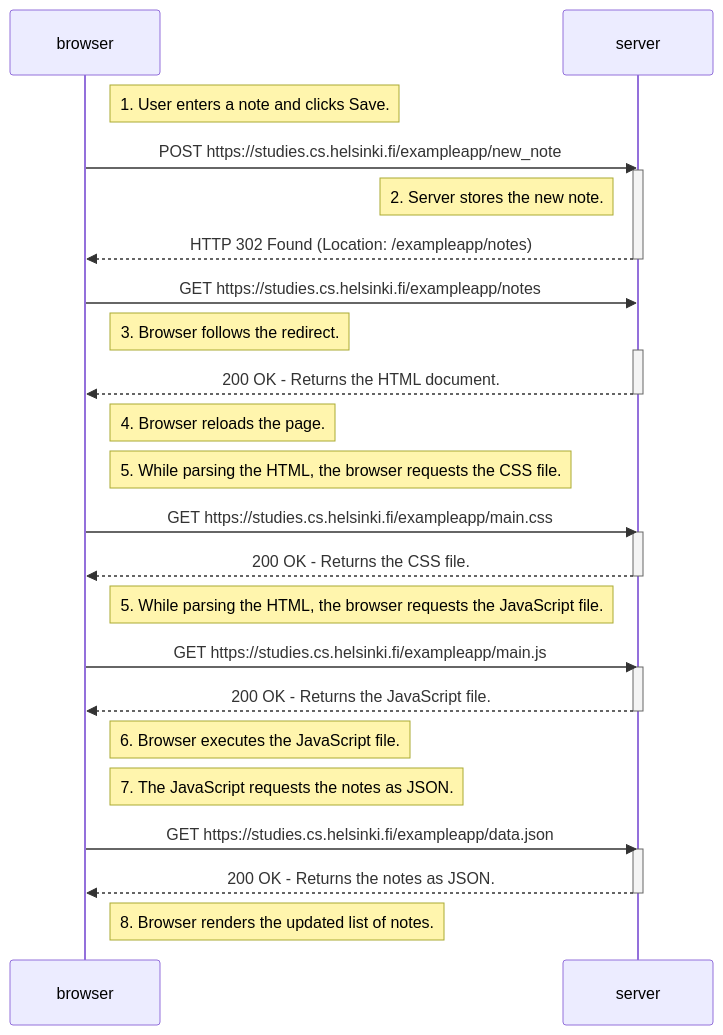
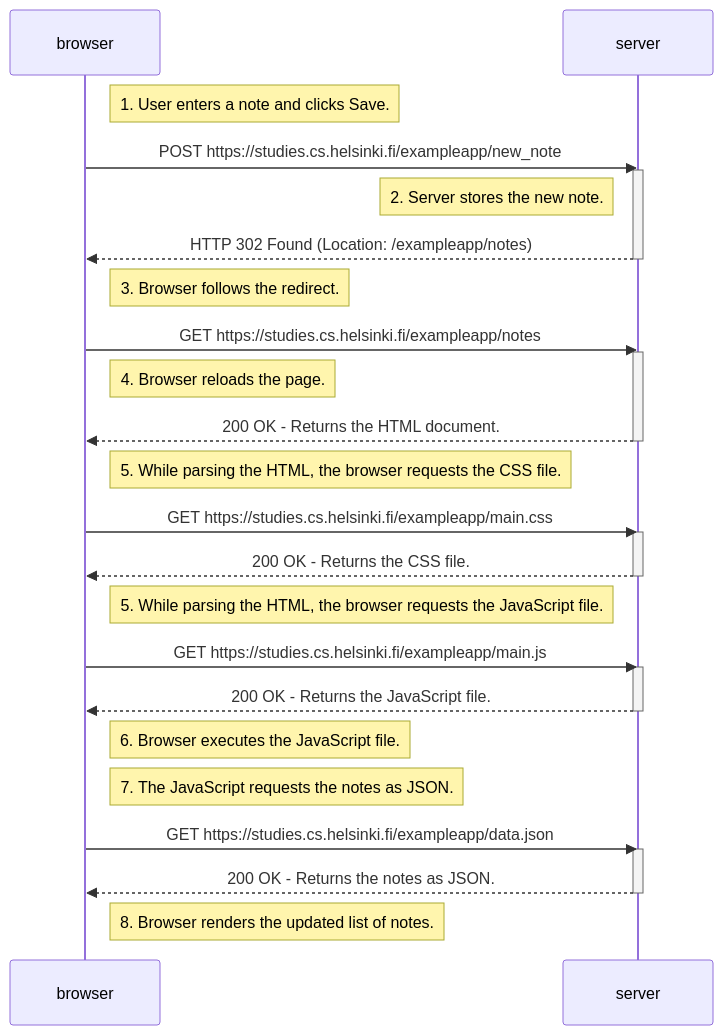
The diagram in osa0/0.4.md (DrFinger2/fullstackopen-2026), drawn with Mermaid before and after one commit.

````diff
--- a/osa0/0.4.md
+++ b/osa0/0.4.md
@@ -1,41 +1,42 @@
 ```mermaid
 sequenceDiagram
     participant browser
     participant server
 
     Note right of browser: 1. User enters a note and clicks Save.
     browser->>server: POST https://studies.cs.helsinki.fi/exampleapp/new_note
     activate server
     Note left of server: 2. Server stores the new note.
     server-->>browser: HTTP 302 Found (Location: /exampleapp/notes)
     deactivate server
 
+     Note right of browser: 3. Browser follows the redirect.
+    browser->>server: GET https://studies.cs.helsinki.fi/exampleapp/notes
     
-    browser->>server: GET https://studies.cs.helsinki.fi/exampleapp/notes
-    Note right of browser: 3. Browser follows the redirect.
     activate server
+    Note right of browser: 4. Browser reloads the page.
     server-->>browser: 200 OK - Returns the HTML document.
     deactivate server
-    Note right of browser: 4. Browser reloads the page.
+    
 
     Note right of browser: 5. While parsing the HTML, the browser requests the CSS file.
     browser->>server: GET https://studies.cs.helsinki.fi/exampleapp/main.css
     activate server
     server-->>browser: 200 OK - Returns the CSS file.
     deactivate server
 
     Note right of browser: 5. While parsing the HTML, the browser requests the JavaScript file.
     browser->>server: GET https://studies.cs.helsinki.fi/exampleapp/main.js
     activate server
     server-->>browser: 200 OK - Returns the JavaScript file.
     deactivate server
 
     Note right of browser: 6. Browser executes the JavaScript file.
     Note right of browser: 7. The JavaScript requests the notes as JSON.
     browser->>server: GET https://studies.cs.helsinki.fi/exampleapp/data.json
     activate server
     server-->>browser: 200 OK - Returns the notes as JSON.
     deactivate server
 
     Note right of browser: 8. Browser renders the updated list of notes.
 ```
````
